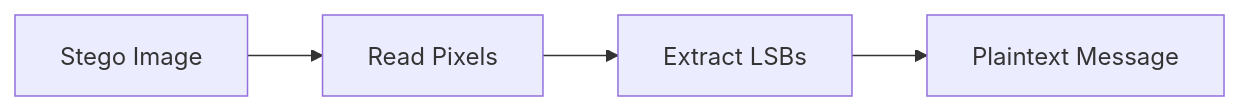
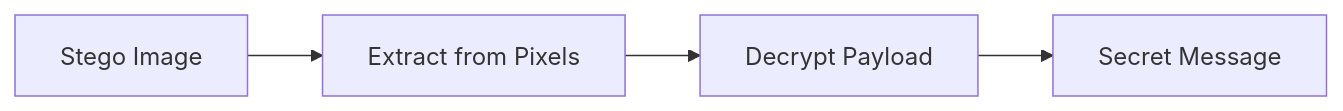
One commit to vx-ux/stegacrypt changed the third of 6 diagrams in README.md. Above: the diagram before and after it, drawn with Mermaid. The commit also changed other lines of this file, not shown here.

Commit message:
docs: finalize README content and flowcharts

````diff
--- a/README.md
+++ b/README.md
@@ -92,6 +58,6 @@
 ```mermaid
 graph LR
-    A[Stego Image] --> B[Read Pixels]
-    B --> C[Extract LSBs]
-    C --> D[Plaintext Message]
+    A[Stego Image] --> B[Extract from Pixels]
+    B --> C[Decrypt Payload]
+    C --> D[Secret Message]
 ```
````
